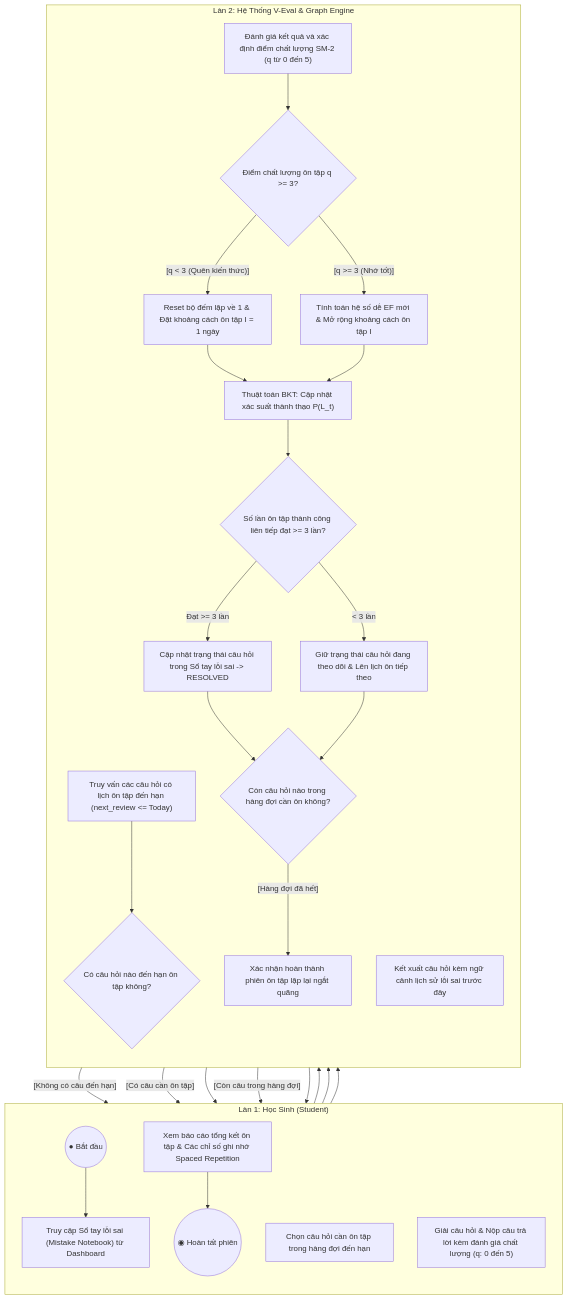
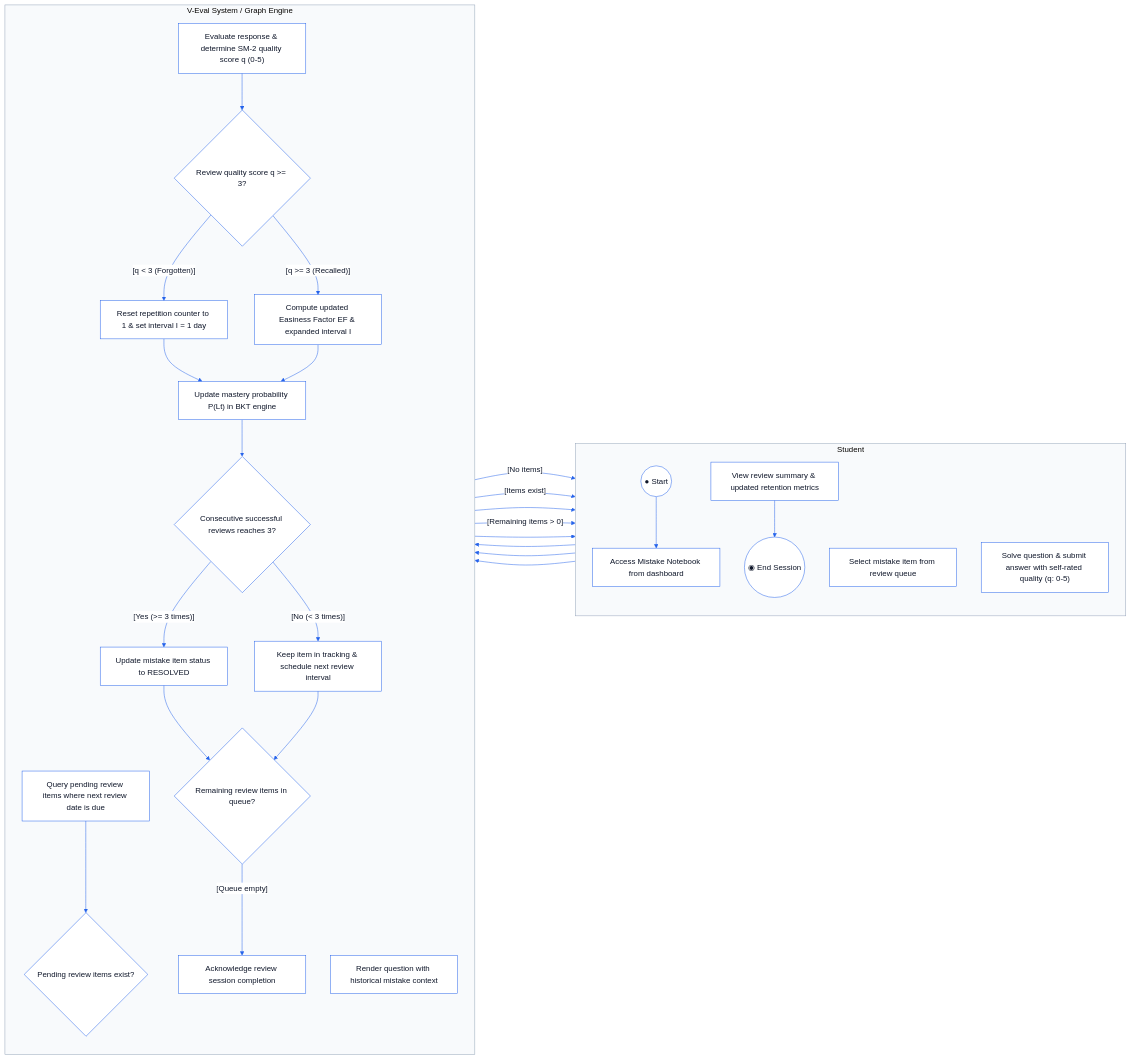
One commit to Capstone-OG/System-Repo changed the diagram in docs/diagrams/core6_activity.mmd. Above: the diagram before and after it, drawn with Mermaid. The commit also changed 6 other files, not shown here.

Commit message:
docs(diagrams): convert core 1-6 activity diagrams to English, side-by-side swimlanes, and high-contrast theme

```diff
--- a/docs/diagrams/core6_activity.mmd
+++ b/docs/diagrams/core6_activity.mmd
@@ -1,65 +1,79 @@
-flowchart TD
+%%{init: {
+  "theme": "base",
+  "themeVariables": {
+    "primaryColor": "#FFFFFF",
+    "primaryTextColor": "#0F172A",
+    "primaryBorderColor": "#2563EB",
+    "lineColor": "#2563EB",
+    "textColor": "#0F172A",
+    "edgeLabelBackground": "#FFFFFF",
+    "tertiaryColor": "#F8FAFC",
+    "clusterBkg": "#F8FAFC",
+    "clusterBorder": "#94A3B8"
+  }
+}}%%
+flowchart LR
     %% =========================================================================
-    %% LÀN 1: HỌC SINH (STUDENT)
+    %% LANE 1: STUDENT
     %% =========================================================================
-    subgraph StudentLane ["Làn 1: Học Sinh (Student)"]
+    subgraph StudentLane ["Student"]
         direction TB
-        Start6(("● Bắt đầu"))
-        Act_AccessNotebook["Truy cập Sổ tay lỗi sai (Mistake Notebook) từ Dashboard"]
-        Act_SelectItem["Chọn câu hỏi cần ôn tập trong hàng đợi đến hạn"]
-        Act_SolveReview["Giải câu hỏi & Nộp câu trả lời kèm đánh giá chất lượng (q: 0 đến 5)"]
-        Act_ViewRetention["Xem báo cáo tổng kết ôn tập & Các chỉ số ghi nhớ Spaced Repetition"]
-        End6(("◉ Hoàn tất phiên"))
+        Start6(("● Start"))
+        Act_AccessNotebook["Access Mistake Notebook from dashboard"]
+        Act_SelectItem["Select mistake item from review queue"]
+        Act_SolveReview["Solve question & submit answer with self-rated quality (q: 0-5)"]
+        Act_ViewRetention["View review summary & updated retention metrics"]
+        End6(("◉ End Session"))
     end
 
     %% =========================================================================
-    %% LÀN 2: HỆ THỐNG V-EVAL & GRAPH ENGINE (SM-2 & BKT)
+    %% LANE 2: SYSTEM (V-EVAL / GRAPH ENGINE)
     %% =========================================================================
-    subgraph SystemLane ["Làn 2: Hệ Thống V-Eval & Graph Engine"]
+    subgraph SystemLane ["V-Eval System / Graph Engine"]
         direction TB
-        Act_QueryPending["Truy vấn các câu hỏi có lịch ôn tập đến hạn (next_review <= Today)"]
-        Dec_ItemsExist{"Có câu hỏi nào đến hạn ôn tập không?"}
-        Act_RenderContext["Kết xuất câu hỏi kèm ngữ cảnh lịch sử lỗi sai trước đây"]
-        Act_EvalSM2["Đánh giá kết quả và xác định điểm chất lượng SM-2 (q từ 0 đến 5)"]
-        Dec_QualityScore{"Điểm chất lượng ôn tập q >= 3?"}
-        Act_ResetSM2["Reset bộ đếm lặp về 1 & Đặt khoảng cách ôn tập I = 1 ngày"]
-        Act_UpdateSM2["Tính toán hệ số dễ EF mới & Mở rộng khoảng cách ôn tập I"]
-        Act_UpdateBKT["Thuật toán BKT: Cập nhật xác suất thành thạo P(L_t)"]
-        Dec_ConsecutiveReviews{"Số lần ôn tập thành công liên tiếp đạt >= 3 lần?"}
-        Act_MarkResolved["Cập nhật trạng thái câu hỏi trong Sổ tay lỗi sai -> RESOLVED"]
-        Act_KeepPending["Giữ trạng thái câu hỏi đang theo dõi & Lên lịch ôn tiếp theo"]
-        Dec_QueueRemaining{"Còn câu hỏi nào trong hàng đợi cần ôn không?"}
-        Act_AckCompletion["Xác nhận hoàn thành phiên ôn tập lặp lại ngắt quãng"]
+        Act_QueryPending["Query pending review items where next review date is due"]
+        Dec_ItemsExist{"Pending review items exist?"}
+        Act_RenderContext["Render question with historical mistake context"]
+        Act_EvalSM2["Evaluate response & determine SM-2 quality score q (0-5)"]
+        Dec_QualityScore{"Review quality score q >= 3?"}
+        Act_ResetSM2["Reset repetition counter to 1 & set interval I = 1 day"]
+        Act_UpdateSM2["Compute updated Easiness Factor EF & expanded interval I"]
+        Act_UpdateBKT["Update mastery probability P(Lt) in BKT engine"]
+        Dec_ConsecutiveReviews{"Consecutive successful reviews reaches 3?"}
+        Act_MarkResolved["Update mistake item status to RESOLVED"]
+        Act_KeepPending["Keep item in tracking & schedule next review interval"]
+        Dec_QueueRemaining{"Remaining review items in queue?"}
+        Act_AckCompletion["Acknowledge review session completion"]
     end
 
-    %% Điều phối luồng tuần tự
+    %% Sequential & Inter-lane Transitions
     Start6 --> Act_AccessNotebook
     Act_AccessNotebook --> Act_QueryPending
     Act_QueryPending --> Dec_ItemsExist
 
-    Dec_ItemsExist -->|"[Không có câu đến hạn]"| Act_ViewRetention
-    Dec_ItemsExist -->|"[Có câu cần ôn tập]"| Act_SelectItem
+    Dec_ItemsExist -->|"[No items]"| Act_ViewRetention
+    Dec_ItemsExist -->|"[Items exist]"| Act_SelectItem
 
     Act_SelectItem --> Act_RenderContext
     Act_RenderContext --> Act_SolveReview
     Act_SolveReview --> Act_EvalSM2
     Act_EvalSM2 --> Dec_QualityScore
 
-    Dec_QualityScore -->|"[q < 3 (Quên kiến thức)]"| Act_ResetSM2
-    Dec_QualityScore -->|"[q >= 3 (Nhớ tốt)]"| Act_UpdateSM2
+    Dec_QualityScore -->|"[q < 3 (Forgotten)]"| Act_ResetSM2
+    Dec_QualityScore -->|"[q >= 3 (Recalled)]"| Act_UpdateSM2
 
     Act_ResetSM2 --> Act_UpdateBKT
     Act_UpdateSM2 --> Act_UpdateBKT
+
     Act_UpdateBKT --> Dec_ConsecutiveReviews
 
-    Dec_ConsecutiveReviews -->|"Đạt >= 3 lần"| Act_MarkResolved
-    Dec_ConsecutiveReviews -->|"< 3 lần"| Act_KeepPending
+    Dec_ConsecutiveReviews -->|"[Yes (>= 3 times)]"| Act_MarkResolved
+    Dec_ConsecutiveReviews -->|"[No (< 3 times)]"| Act_KeepPending
 
     Act_MarkResolved --> Dec_QueueRemaining
     Act_KeepPending --> Dec_QueueRemaining
 
-    Dec_QueueRemaining -->|"[Còn câu trong hàng đợi]"| Act_SelectItem
-    Dec_QueueRemaining -->|"[Hàng đợi đã hết]"| Act_AckCompletion
-
+    Dec_QueueRemaining -->|"[Remaining items > 0]"| Act_SelectItem
+    Dec_QueueRemaining -->|"[Queue empty]"| Act_AckCompletion
     Act_AckCompletion --> Act_ViewRetention
     Act_ViewRetention --> End6
```
